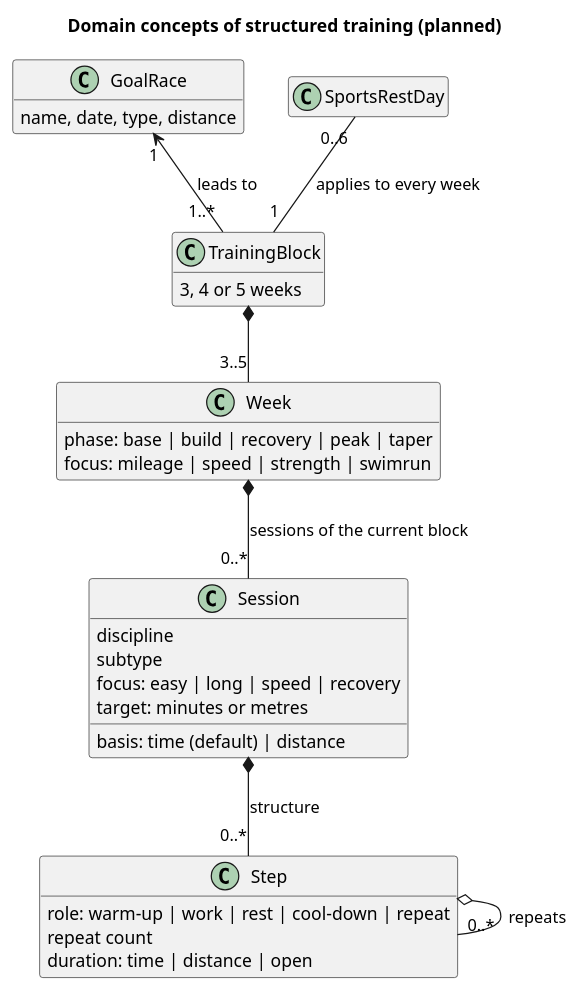
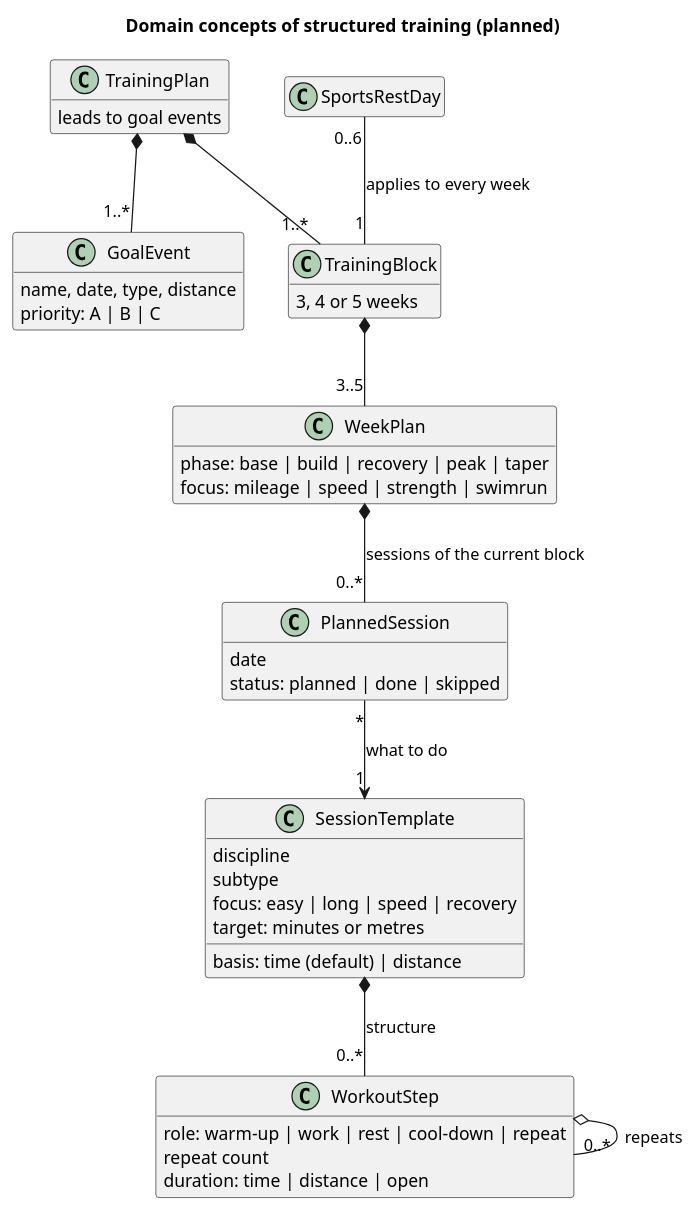
The first of 10 diagrams in docs/software-guidebook.md (swimrun/tigerlegs), drawn with PlantUML before and after one commit. The commit also changed other lines of this file and 3 other files, not shown here.

First line of the commit message:
Name the session template and align Figure 2 with the aggregates: SESSION_TEMPLATES in the code and the glossary (#134)

````diff
--- a/docs/software-guidebook.md
+++ b/docs/software-guidebook.md
@@ -51,38 +51,48 @@
 ```plantuml
 @startuml domain-concepts-training
 title Domain concepts of structured training (planned)
 skinparam classAttributeIconSize 0
 hide empty members
 
-class GoalRace {
+class TrainingPlan {
+  leads to goal events
+}
+class GoalEvent {
   name, date, type, distance
+  priority: A | B | C
 }
 class TrainingBlock {
   3, 4 or 5 weeks
 }
-class Week {
+class WeekPlan {
   phase: base | build | recovery | peak | taper
   focus: mileage | speed | strength | swimrun
 }
-class Session {
+class PlannedSession {
+  date
+  status: planned | done | skipped
+}
+class SessionTemplate {
   discipline
   subtype
   focus: easy | long | speed | recovery
   basis: time (default) | distance
   target: minutes or metres
 }
-class Step {
+class WorkoutStep {
   role: warm-up | work | rest | cool-down | repeat
   repeat count
   duration: time | distance | open
 }
 class SportsRestDay
 
-GoalRace "1" <-- "1..*" TrainingBlock : leads to
-TrainingBlock *-- "3..5" Week
-Week *-- "0..*" Session : sessions of the current block
-Session *-- "0..*" Step : structure
-Step o-- "0..*" Step : repeats
+TrainingPlan *-- "1..*" GoalEvent
+TrainingPlan *-- "1..*" TrainingBlock
+TrainingBlock *-- "3..5" WeekPlan
+WeekPlan *-- "0..*" PlannedSession : sessions of the current block
+PlannedSession "*" --> "1" SessionTemplate : what to do
+SessionTemplate *-- "0..*" WorkoutStep : structure
+WorkoutStep o-- "0..*" WorkoutStep : repeats
 SportsRestDay "0..6" -- "1" TrainingBlock : applies to every week
 @enduml
 ```
````
